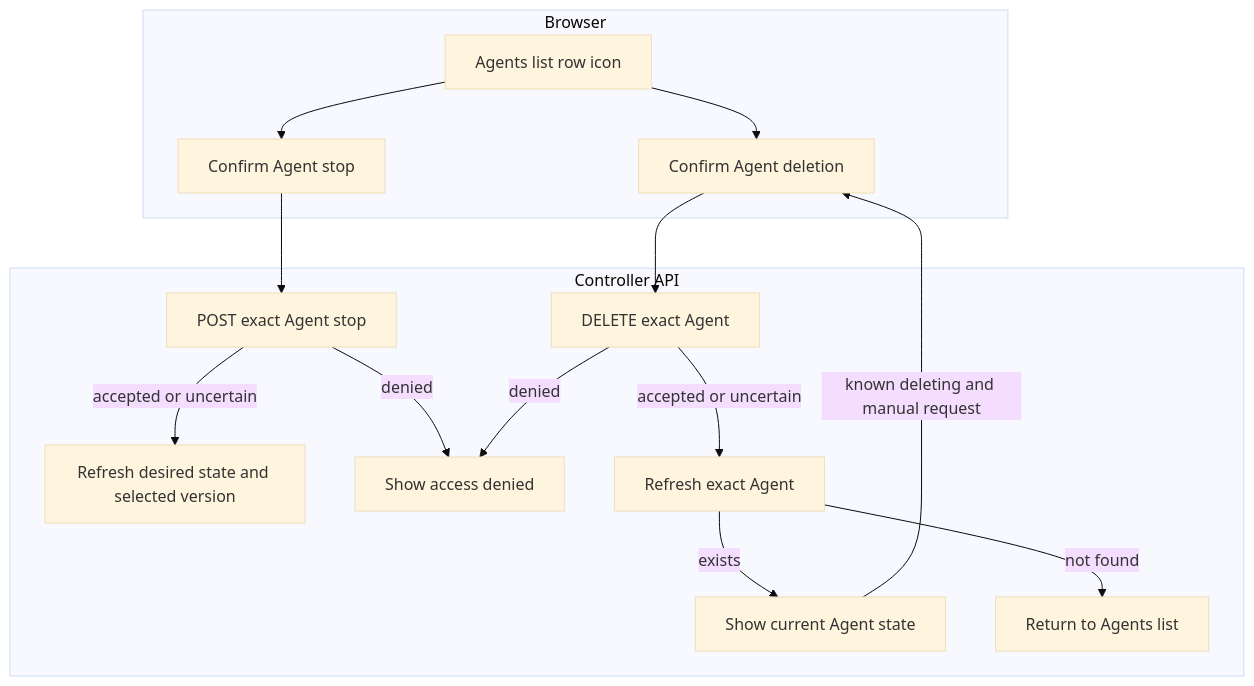
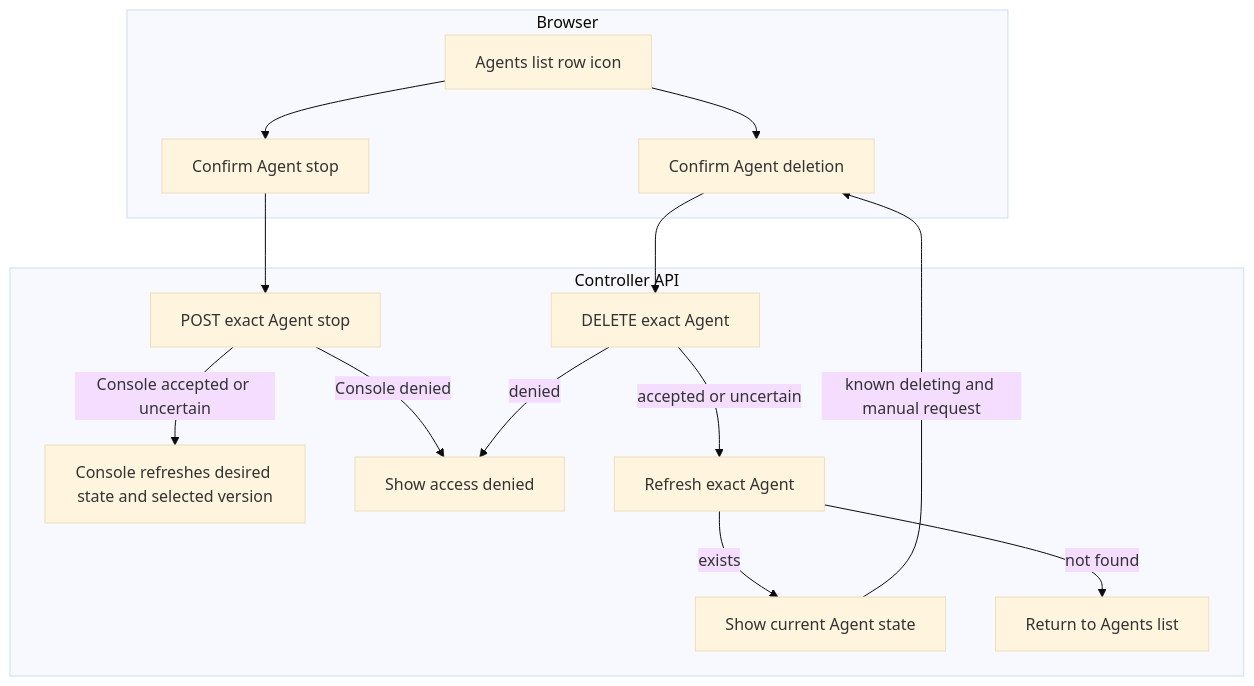
Before and after one commit to openclaw/openclaw-enterprise: the first of 2 diagrams in docs/flows/platform-console/agent-stop-and-deletion.md, drawn with Mermaid (base theme). The commit also changed other lines of this file and 2 other files, not shown here.

````diff
--- a/docs/flows/platform-console/agent-stop-and-deletion.md
+++ b/docs/flows/platform-console/agent-stop-and-deletion.md
@@ -25,20 +25,20 @@
 ```mermaid
 graph TD
   subgraph Browser["Browser"]
     E["Confirm Agent deletion"]
     S["Confirm Agent stop"]
     L["Agents list row icon"] --> E
     L --> S
   end
   subgraph API["Controller API"]
     E --> G["DELETE exact Agent"]
     S --> T["POST exact Agent stop"]
-    T -->|accepted or uncertain| U["Refresh desired state and selected version"]
-    T -->|denied| I
+    T -->|Console accepted or uncertain| U["Console refreshes desired state and selected version"]
+    T -->|Console denied| I
     G -->|accepted or uncertain| H["Refresh exact Agent"]
     G -->|denied| I["Show access denied"]
     H -->|exists| J["Show current Agent state"]
     J -->|known deleting and manual request| E
     H -->|not found| K["Return to Agents list"]
   end
 ```
````
